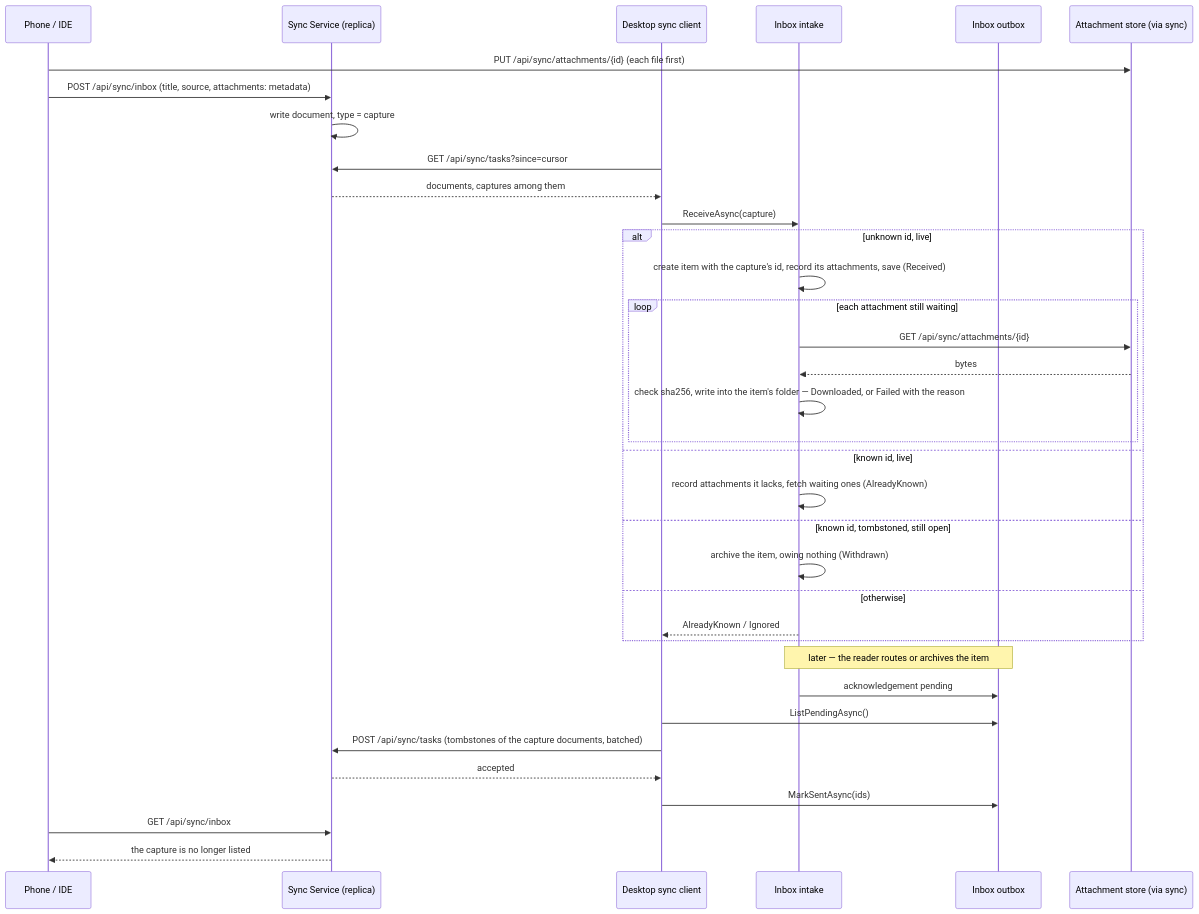
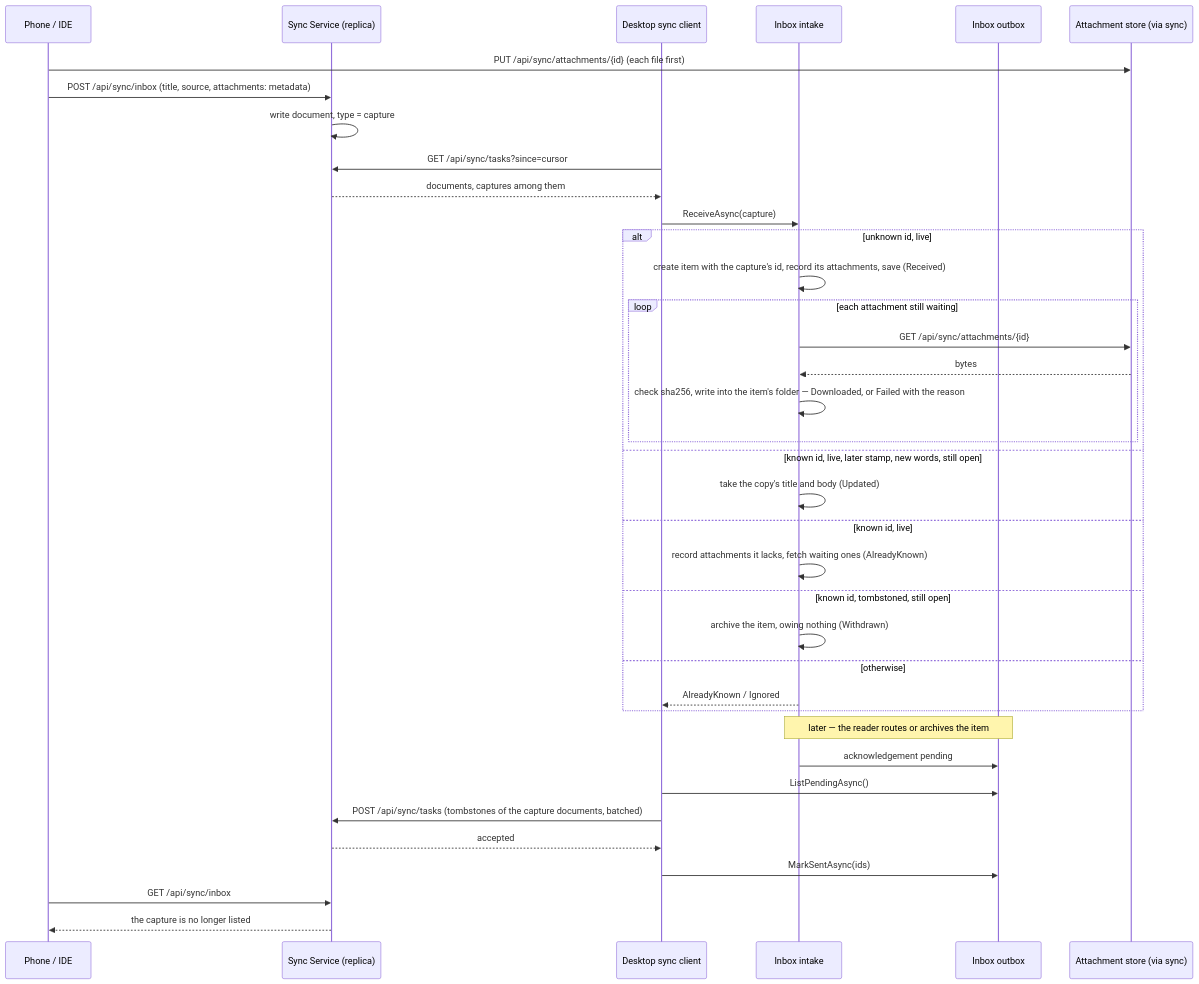
Before and after one commit to JSdotNet/Backlog: the first of 8 diagrams in .devbook/domain/inbox/features.md, drawn with Mermaid. The commit also changed other lines of this file and 53 other files, not shown here.

````diff
--- a/.devbook/domain/inbox/features.md
+++ b/.devbook/domain/inbox/features.md
@@ -23,38 +23,40 @@
 ```mermaid
 sequenceDiagram
     participant P as Phone / IDE
     participant S as Sync Service (replica)
     participant M as Desktop sync client
     participant I as Inbox intake
     participant O as Inbox outbox
     participant A as Attachment store (via sync)
 
     P->>A: PUT /api/sync/attachments/{id} (each file first)
     P->>S: POST /api/sync/inbox (title, source, attachments: metadata)
     S->>S: write document, type = capture
     M->>S: GET /api/sync/tasks?since=cursor
     S-->>M: documents, captures among them
     M->>I: ReceiveAsync(capture)
     alt unknown id, live
         I->>I: create item with the capture's id, record its attachments, save (Received)
         loop each attachment still waiting
             I->>A: GET /api/sync/attachments/{id}
             A-->>I: bytes
             I->>I: check sha256, write into the item's folder — Downloaded, or Failed with the reason
         end
+    else known id, live, later stamp, new words, still open
+        I->>I: take the copy's title and body (Updated)
     else known id, live
         I->>I: record attachments it lacks, fetch waiting ones (AlreadyKnown)
     else known id, tombstoned, still open
         I->>I: archive the item, owing nothing (Withdrawn)
     else otherwise
         I-->>M: AlreadyKnown / Ignored
     end
     Note over I,O: later — the reader routes or archives the item
     I->>O: acknowledgement pending
     M->>O: ListPendingAsync()
     M->>S: POST /api/sync/tasks (tombstones of the capture documents, batched)
     S-->>M: accepted
     M->>O: MarkSentAsync(ids)
     P->>S: GET /api/sync/inbox
     S-->>P: the capture is no longer listed
 ```
````
